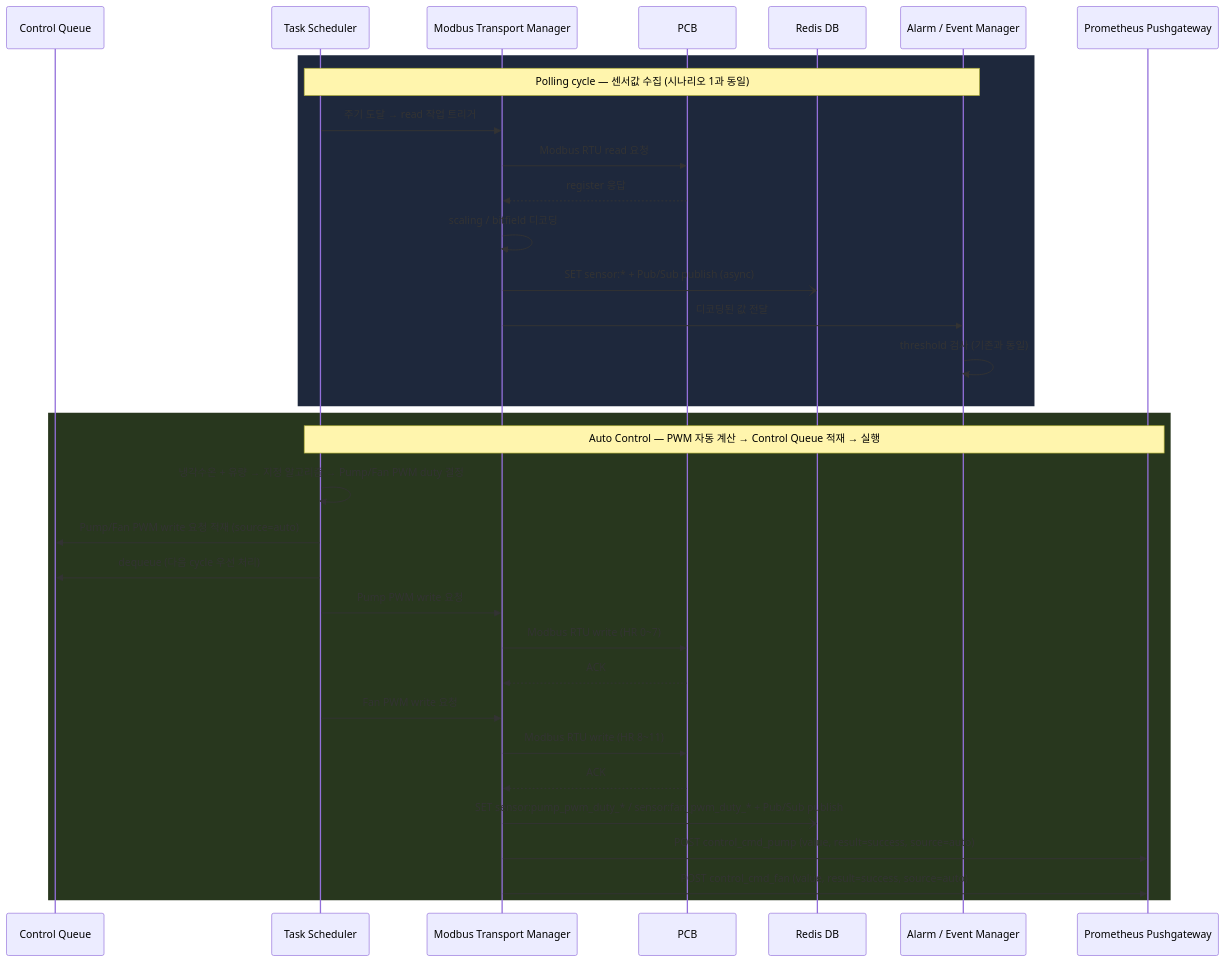
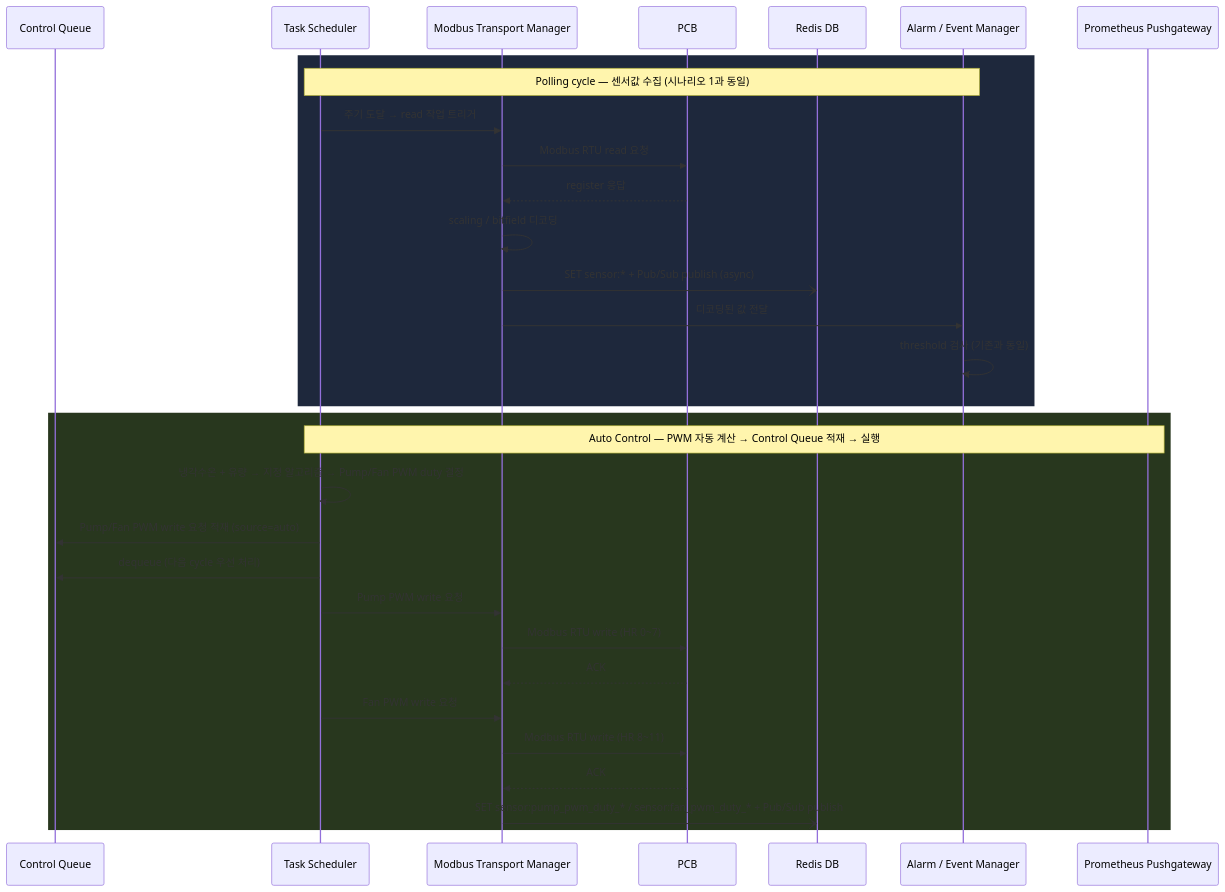
The sixth of 7 diagrams in docs/MCG.md (DEEPGadget/L2A_CDU_system), drawn with Mermaid before and after one commit. The commit also changed other lines of this file and 2 other files, not shown here.

````diff
--- a/docs/MCG.md
+++ b/docs/MCG.md
@@ -418,37 +420,35 @@
 ```mermaid
 sequenceDiagram
     participant CQ as Control Queue
     participant TS as Task Scheduler
     participant MTM as Modbus Transport Manager
     participant PCB as PCB
     participant Redis as Redis DB
     participant AEM as Alarm / Event Manager
     participant PGW as Prometheus Pushgateway
 
     rect rgb(30, 40, 60)
         Note over TS,AEM: Polling cycle — 센서값 수집 (시나리오 1과 동일)
         TS->>MTM: 주기 도달 → read 작업 트리거
         MTM->>PCB: Modbus RTU read 요청
         PCB-->>MTM: register 응답
         MTM->>MTM: scaling / bitfield 디코딩
         MTM-)Redis: SET sensor:* + Pub/Sub publish (async)
         MTM->>AEM: 디코딩된 값 전달
         AEM->>AEM: threshold 검사 (기존과 동일)
     end
 
     rect rgb(40, 55, 30)
         Note over TS,PGW: Auto Control — PWM 자동 계산 → Control Queue 적재 → 실행
         TS->>TS: 냉각수온 + 유량 → 지정 알고리즘 → Pump/Fan PWM duty 결정
         TS->>CQ: Pump/Fan PWM write 요청 적재 (source=auto)
         TS->>CQ: dequeue (다음 cycle 우선 처리)
         TS->>MTM: Pump PWM write 요청
         MTM->>PCB: Modbus RTU write (HR 0~7)
         PCB-->>MTM: ACK
         TS->>MTM: Fan PWM write 요청
         MTM->>PCB: Modbus RTU write (HR 8~11)
         PCB-->>MTM: ACK
         MTM-)Redis: SET sensor:pump_pwm_duty_* / sensor:fan_pwm_duty_* + Pub/Sub publish
-        MTM->>PGW: POST control_cmd_pump (value, result=success, source=auto)
-        MTM->>PGW: POST control_cmd_fan (value, result=success, source=auto)
     end
 ```
````
